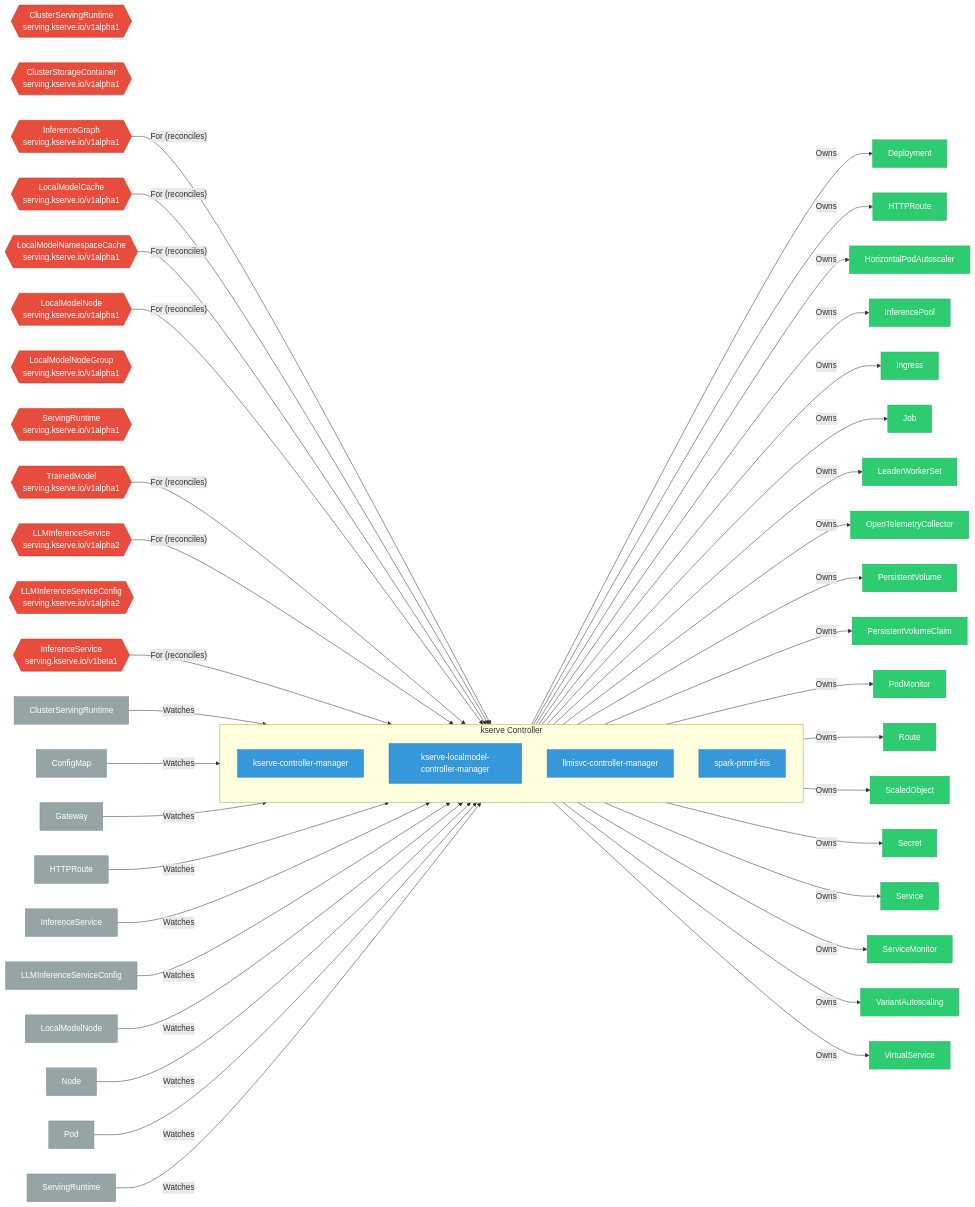
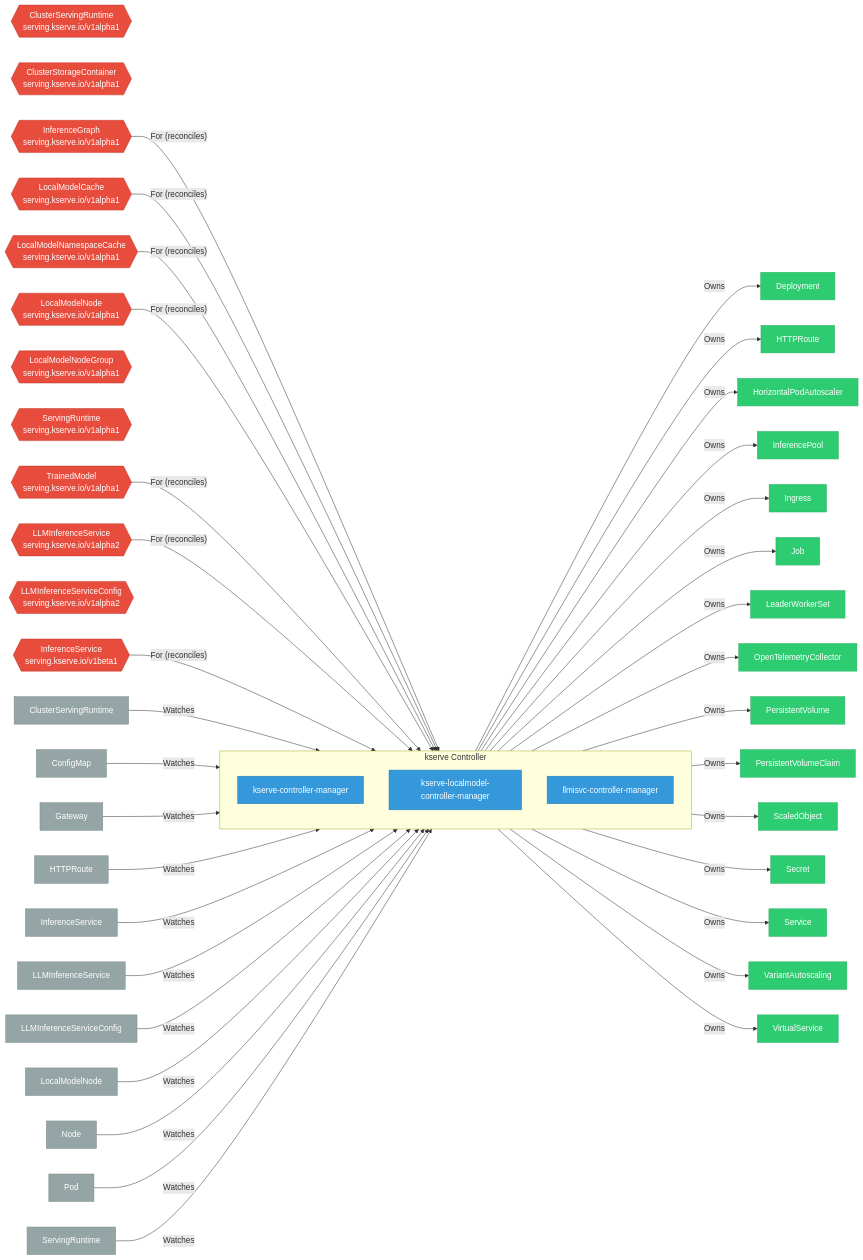
The diagram in site/docs/use-cases/odh-platform/components/kserve/index.md (ugiordan/rhoai-architecture-analyzer), drawn with Mermaid before and after one commit. The commit also changed other lines of this file and 52 other files, not shown here.

````diff
--- a/site/docs/use-cases/odh-platform/components/kserve/index.md
+++ b/site/docs/use-cases/odh-platform/components/kserve/index.md
@@ -36,8 +39,6 @@
         class dep_2 controller
         dep_3["llmisvc-controller-manager"]
         class dep_3 controller
-        dep_4["spark-pmml-iris"]
-        class dep_4 controller
     end
 
     crd_ClusterServingRuntime{{"ClusterServingRuntime\nserving.kserve.io/v1alpha1"}}
@@ -71,60 +72,56 @@
     crd_InferenceService{{"InferenceService\nserving.kserve.io/v1beta1"}}
     class crd_InferenceService crd
     crd_InferenceService -->|"For (reconciles)"| controller
-    controller -->|"Owns"| owned_5["Deployment"]
+    controller -->|"Owns"| owned_4["Deployment"]
+    class owned_4 owned
+    controller -->|"Owns"| owned_5["HTTPRoute"]
     class owned_5 owned
-    controller -->|"Owns"| owned_6["HTTPRoute"]
+    controller -->|"Owns"| owned_6["HorizontalPodAutoscaler"]
     class owned_6 owned
-    controller -->|"Owns"| owned_7["HorizontalPodAutoscaler"]
+    controller -->|"Owns"| owned_7["InferencePool"]
     class owned_7 owned
-    controller -->|"Owns"| owned_8["InferencePool"]
+    controller -->|"Owns"| owned_8["Ingress"]
     class owned_8 owned
-    controller -->|"Owns"| owned_9["Ingress"]
+    controller -->|"Owns"| owned_9["Job"]
     class owned_9 owned
-    controller -->|"Owns"| owned_10["Job"]
+    controller -->|"Owns"| owned_10["LeaderWorkerSet"]
     class owned_10 owned
-    controller -->|"Owns"| owned_11["LeaderWorkerSet"]
+    controller -->|"Owns"| owned_11["OpenTelemetryCollector"]
     class owned_11 owned
-    controller -->|"Owns"| owned_12["OpenTelemetryCollector"]
+    controller -->|"Owns"| owned_12["PersistentVolume"]
     class owned_12 owned
-    controller -->|"Owns"| owned_13["PersistentVolume"]
+    controller -->|"Owns"| owned_13["PersistentVolumeClaim"]
     class owned_13 owned
-    controller -->|"Owns"| owned_14["PersistentVolumeClaim"]
+    controller -->|"Owns"| owned_14["ScaledObject"]
     class owned_14 owned
-    controller -->|"Owns"| owned_15["PodMonitor"]
+    controller -->|"Owns"| owned_15["Secret"]
     class owned_15 owned
-    controller -->|"Owns"| owned_16["Route"]
+    controller -->|"Owns"| owned_16["Service"]
     class owned_16 owned
-    controller -->|"Owns"| owned_17["ScaledObject"]
+    controller -->|"Owns"| owned_17["VariantAutoscaling"]
     class owned_17 owned
-    controller -->|"Owns"| owned_18["Secret"]
+    controller -->|"Owns"| owned_18["VirtualService"]
     class owned_18 owned
-    controller -->|"Owns"| owned_19["Service"]
-    class owned_19 owned
-    controller -->|"Owns"| owned_20["ServiceMonitor"]
-    class owned_20 owned
-    controller -->|"Owns"| owned_21["VariantAutoscaling"]
-    class owned_21 owned
-    controller -->|"Owns"| owned_22["VirtualService"]
-    class owned_22 owned
-    watch_23["ClusterServingRuntime"] -->|"Watches"| controller
+    watch_19["ClusterServingRuntime"] -->|"Watches"| controller
+    class watch_19 external
+    watch_20["ConfigMap"] -->|"Watches"| controller
+    class watch_20 external
+    watch_21["Gateway"] -->|"Watches"| controller
+    class watch_21 external
+    watch_22["HTTPRoute"] -->|"Watches"| controller
+    class watch_22 external
+    watch_23["InferenceService"] -->|"Watches"| controller
     class watch_23 external
-    watch_24["ConfigMap"] -->|"Watches"| controller
+    watch_24["LLMInferenceService"] -->|"Watches"| controller
     class watch_24 external
-    watch_25["Gateway"] -->|"Watches"| controller
+    watch_25["LLMInferenceServiceConfig"] -->|"Watches"| controller
     class watch_25 external
-    watch_26["HTTPRoute"] -->|"Watches"| controller
+    watch_26["LocalModelNode"] -->|"Watches"| controller
     class watch_26 external
-    watch_27["InferenceService"] -->|"Watches"| controller
+    watch_27["Node"] -->|"Watches"| controller
     class watch_27 external
-    watch_28["LLMInferenceServiceConfig"] -->|"Watches"| controller
+    watch_28["Pod"] -->|"Watches"| controller
     class watch_28 external
-    watch_29["LocalModelNode"] -->|"Watches"| controller
+    watch_29["ServingRuntime"] -->|"Watches"| controller
     class watch_29 external
-    watch_30["Node"] -->|"Watches"| controller
-    class watch_30 external
-    watch_31["Pod"] -->|"Watches"| controller
-    class watch_31 external
-    watch_32["ServingRuntime"] -->|"Watches"| controller
-    class watch_32 external
 ```
````
